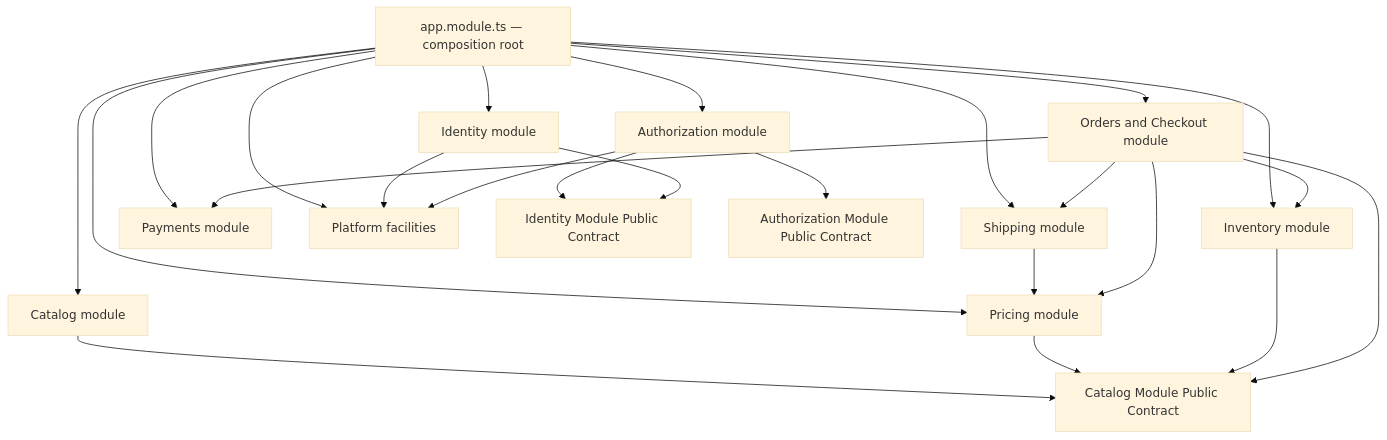
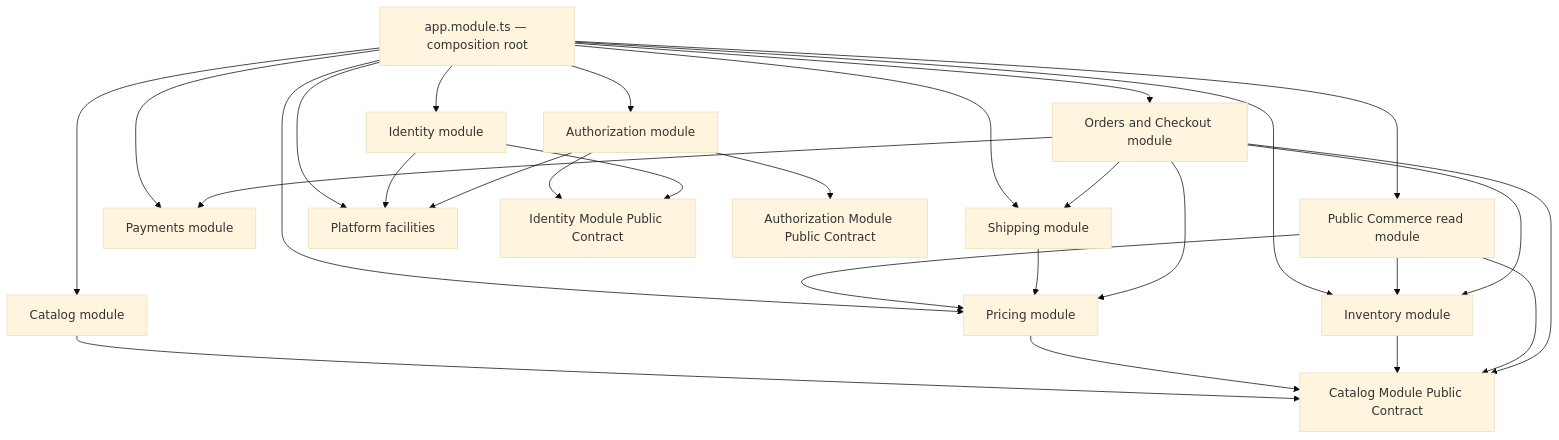
One commit to alireza-constantin/better-commerce changed the first of 2 diagrams in docs/architecture/module-map.md. Above: the diagram before and after it, drawn with Mermaid (base theme). The commit also changed other lines of this file and 330 other files, not shown here.

````diff
--- a/docs/architecture/module-map.md
+++ b/docs/architecture/module-map.md
@@ -83,40 +84,45 @@
 ```mermaid
 flowchart TD
     Composition["app.module.ts — composition root"]
     Identity["Identity module"]
     Authorization["Authorization module"]
     Catalog["Catalog module"]
     Pricing["Pricing module"]
     Inventory["Inventory module"]
     Shipping["Shipping module"]
     Payments["Payments module"]
     Orders["Orders and Checkout module"]
+    PublicCommerce["Public Commerce read module"]
     Platform["Platform facilities"]
     IdentityContract["Identity Module Public Contract"]
     AuthorizationContract["Authorization Module Public Contract"]
     CatalogContract["Catalog Module Public Contract"]
 
     Composition --> Identity
     Composition --> Authorization
     Composition --> Catalog
     Composition --> Pricing
     Composition --> Inventory
     Composition --> Shipping
     Composition --> Payments
     Composition --> Orders
+    Composition --> PublicCommerce
     Composition --> Platform
     Authorization --> IdentityContract
     Identity --> Platform
     Authorization --> Platform
     Identity --> IdentityContract
     Authorization --> AuthorizationContract
     Catalog --> CatalogContract
     Pricing --> CatalogContract
     Inventory --> CatalogContract
+    PublicCommerce --> CatalogContract
+    PublicCommerce --> Pricing
+    PublicCommerce --> Inventory
     Shipping --> Pricing
     Orders --> CatalogContract
     Orders --> Pricing
     Orders --> Inventory
     Orders --> Shipping
     Orders --> Payments
 ```
````
